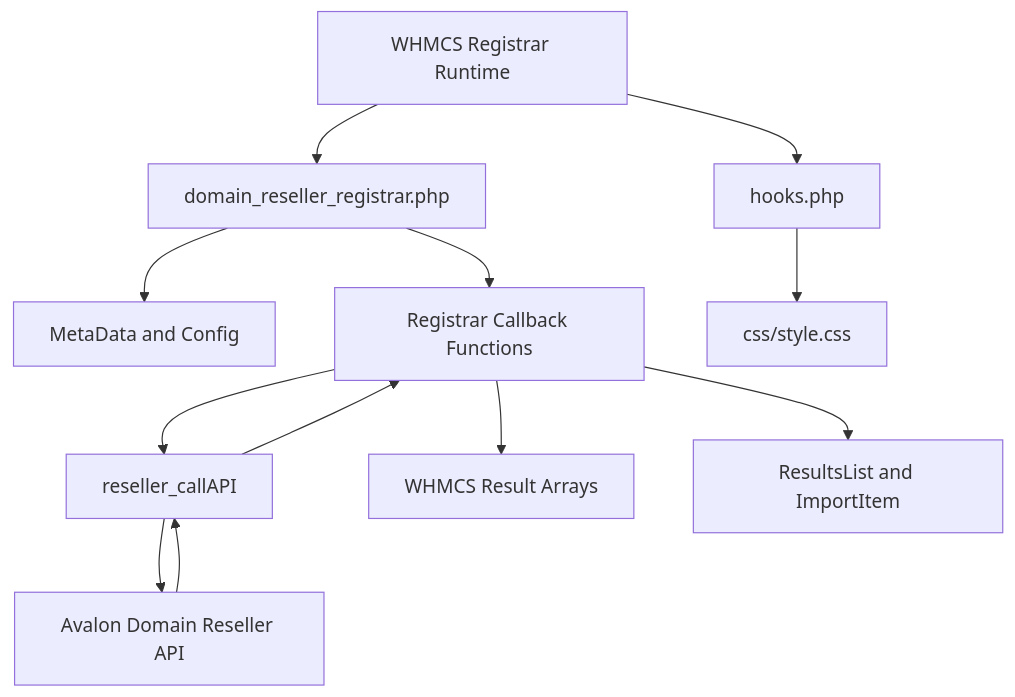
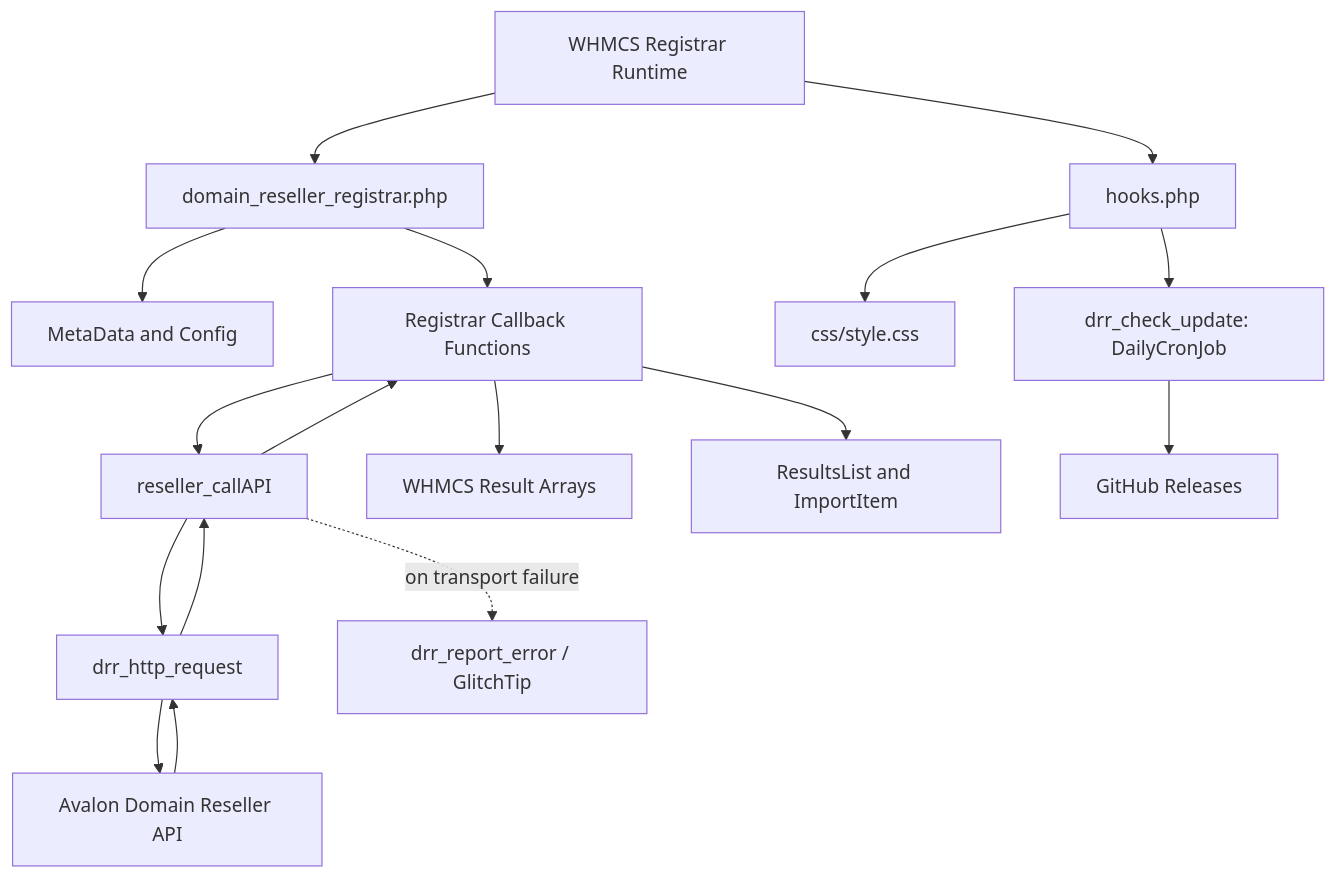
The first of 2 diagrams in docs/codedocs/architecture.md (AvalonHostingServices/whmcs-domain-registrar-module), drawn with Mermaid before and after one commit. The commit also changed other lines of this file and 30 other files, not shown here.

````diff
--- a/docs/codedocs/architecture.md
+++ b/docs/codedocs/architecture.md
@@ -8,14 +8,19 @@
 ```mermaid
 graph TD
   A[WHMCS Registrar Runtime] --> B[domain_reseller_registrar.php]
   B --> C[MetaData and Config]
   B --> D[Registrar Callback Functions]
   D --> E[reseller_callAPI]
-  E --> F[Avalon Domain Reseller API]
-  F --> E
+  E --> K[drr_http_request]
+  K --> F[Avalon Domain Reseller API]
+  F --> K
+  K --> E
   E --> D
   D --> G[WHMCS Result Arrays]
   D --> H[ResultsList and ImportItem]
+  E -.on transport failure.-> L[drr_report_error / GlitchTip]
   A --> I[hooks.php]
   I --> J[css/style.css]
+  I --> M[drr_check_update: DailyCronJob]
+  M --> N[GitHub Releases]
 ```
````
